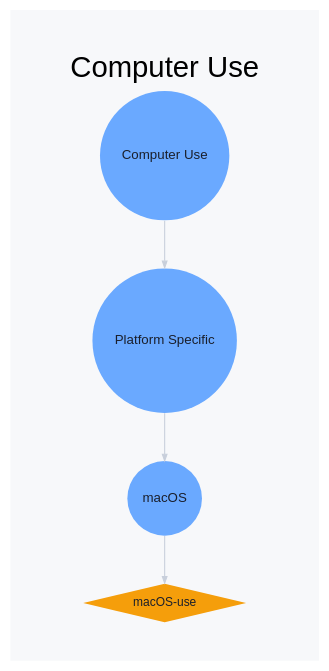
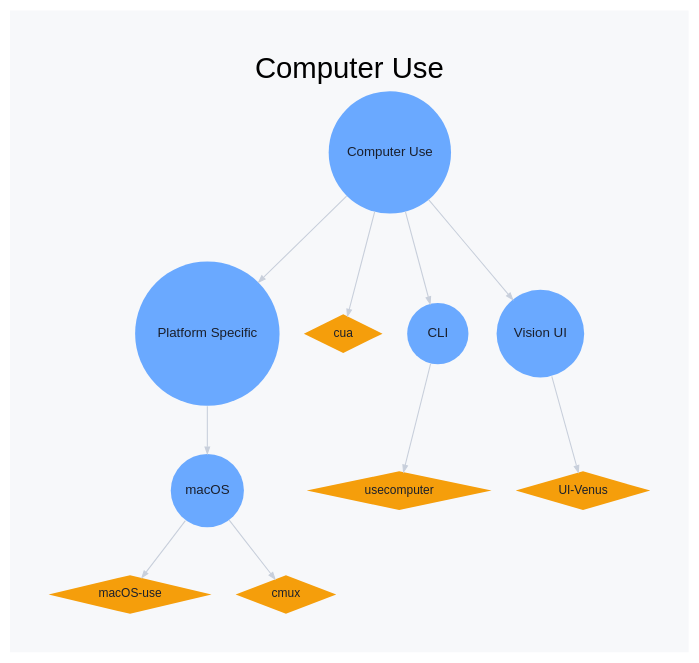
The diagram in snapshots/2026-04-09/segments/computer-use.dot (danielrosehill/Agentic-AI-Ecosystem), drawn with Graphviz before and after one commit. The commit also changed 272 other files, not shown here.

```diff
--- a/snapshots/2026-04-09/segments/computer-use.dot
+++ b/snapshots/2026-04-09/segments/computer-use.dot
@@ -1,12 +1,24 @@
 digraph G {
   graph [layout=dot, overlap=false, splines=true, bgcolor="#f7f8fa", fontname="Helvetica", labelloc="t", label="Computer Use", fontsize=22, pad=0.4];
   node [fontname="Helvetica", style="filled", penwidth=0, fontcolor="#1a1f2c"];
   edge [color="#c8cfdb", arrowsize=0.5, penwidth=0.8];
-  "cat:computer-use" [label="Computer Use", shape=circle, fillcolor="#6aa9ff", width=0.57, height=0.57, fontsize=10, tooltip="Agents and frameworks that operate a computer the way a human would (mouse, keyboard, screen)."];
+  "cat:computer-use" [label="Computer Use", shape=circle, fillcolor="#6aa9ff", width=0.78, height=0.78, fontsize=10, tooltip="Agents and frameworks that operate a computer the way a human would (mouse, keyboard, screen)."];
   "cat:computer-use/platform-specific" [label="Platform Specific", shape=circle, fillcolor="#6aa9ff", width=0.64, height=0.64, fontsize=10, tooltip=""];
-  "cat:computer-use/platform-specific/macos" [label="macOS", shape=circle, fillcolor="#6aa9ff", width=0.64, height=0.64, fontsize=10, tooltip=""];
+  "cat:computer-use/platform-specific/macos" [label="macOS", shape=circle, fillcolor="#6aa9ff", width=0.71, height=0.71, fontsize=10, tooltip=""];
   "proj:macos-use" [label="macOS-use", shape=diamond, fillcolor="#f59e0b", width=0.40, height=0.40, fontsize=9, tooltip="https://github.com/browser-use/macOS-use", URL="https://github.com/browser-use/macOS-use"];
+  "proj:cua" [label="cua", shape=diamond, fillcolor="#f59e0b", width=0.40, height=0.40, fontsize=9, tooltip="https://github.com/trycua/cua", URL="https://github.com/trycua/cua"];
+  "proj:usecomputer" [label="usecomputer", shape=diamond, fillcolor="#f59e0b", width=0.40, height=0.40, fontsize=9, tooltip="https://github.com/remorses/usecomputer", URL="https://github.com/remorses/usecomputer"];
+  "proj:cmux" [label="cmux", shape=diamond, fillcolor="#f59e0b", width=0.40, height=0.40, fontsize=9, tooltip="https://github.com/manaflow-ai/cmux", URL="https://github.com/manaflow-ai/cmux"];
+  "proj:ui-venus" [label="UI-Venus", shape=diamond, fillcolor="#f59e0b", width=0.40, height=0.40, fontsize=9, tooltip="https://github.com/inclusionAI/UI-Venus", URL="https://github.com/inclusionAI/UI-Venus"];
+  "cat:computer-use/cli" [label="CLI", shape=circle, fillcolor="#6aa9ff", width=0.64, height=0.64, fontsize=10, tooltip="CLI-based computer-use agents and tools."];
+  "cat:computer-use/vision-ui" [label="Vision UI", shape=circle, fillcolor="#6aa9ff", width=0.64, height=0.64, fontsize=10, tooltip="Vision-based UI understanding models for computer-use agents."];
   "cat:computer-use" -> "cat:computer-use/platform-specific";
   "cat:computer-use/platform-specific" -> "cat:computer-use/platform-specific/macos";
   "cat:computer-use/platform-specific/macos" -> "proj:macos-use";
+  "cat:computer-use" -> "proj:cua";
+  "cat:computer-use/cli" -> "proj:usecomputer";
+  "cat:computer-use/platform-specific/macos" -> "proj:cmux";
+  "cat:computer-use/vision-ui" -> "proj:ui-venus";
+  "cat:computer-use" -> "cat:computer-use/cli";
+  "cat:computer-use" -> "cat:computer-use/vision-ui";
 }
```
